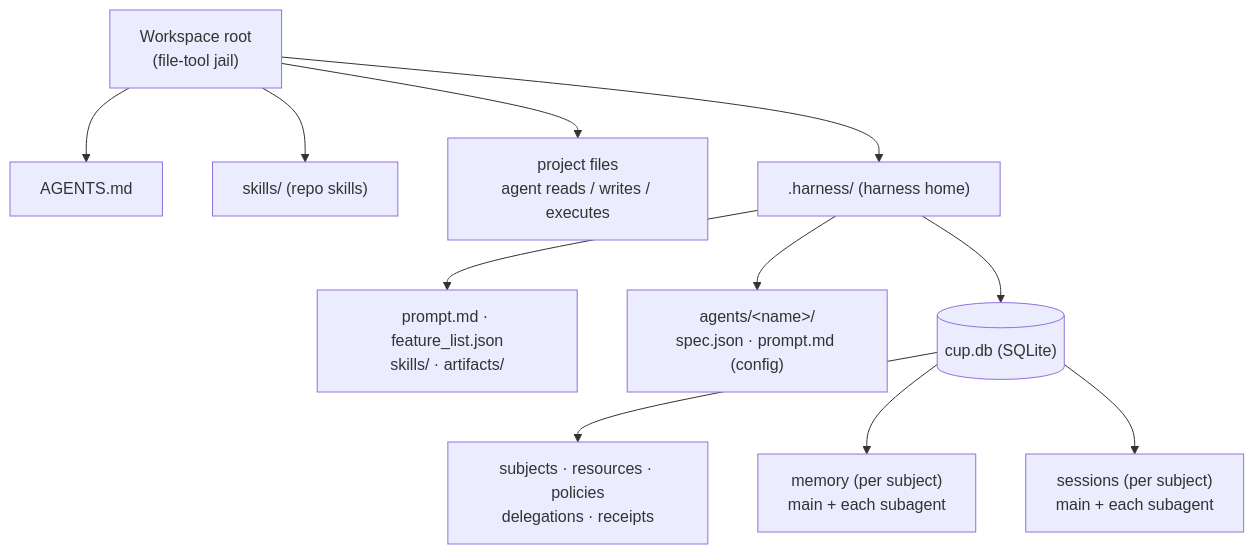
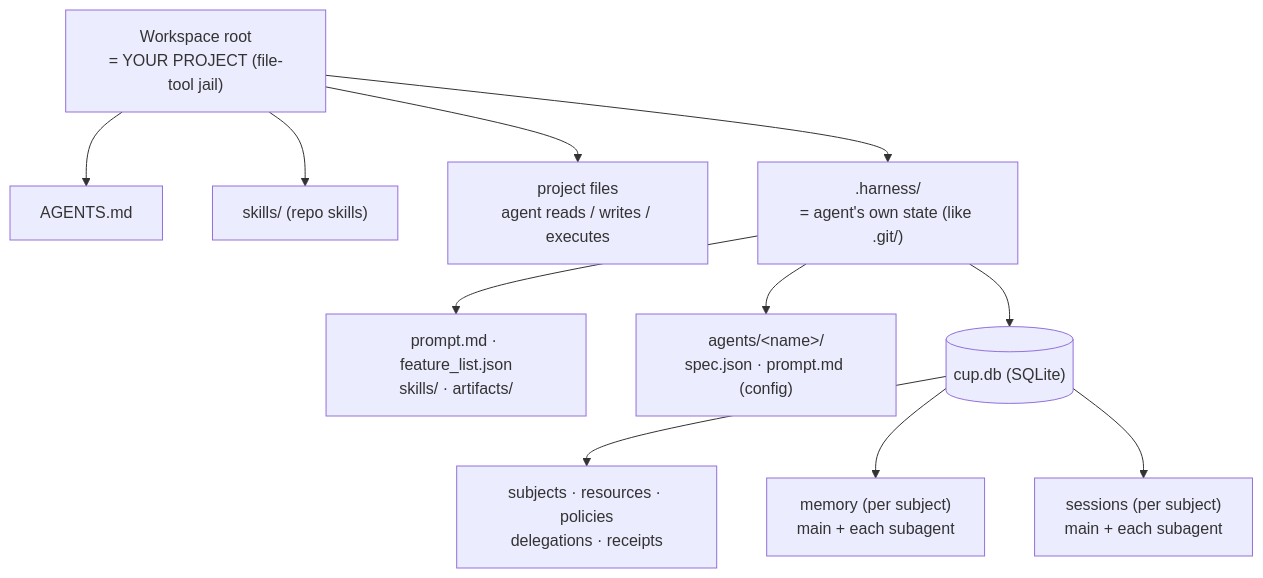
The second of 6 diagrams in docs/plans/2026-09-15-001-plan-cup-agent-operating-model.md (Capability-UI/agent-harness), drawn with Mermaid before and after one commit. The commit also changed other lines of this file, not shown here.

First line of the commit message:
docs(plan): clarify workspace root vs .harness/ (like a repo vs .git/)

````diff
--- a/docs/plans/2026-09-15-001-plan-cup-agent-operating-model.md
+++ b/docs/plans/2026-09-15-001-plan-cup-agent-operating-model.md
@@ -77,14 +87,14 @@
 ```mermaid
 flowchart TB
-  WS["Workspace root<br/>(file-tool jail)"]
+  WS["Workspace root<br/>= YOUR PROJECT (file-tool jail)"]
   WS --> AGM["AGENTS.md"]
   WS --> RSK["skills/ (repo skills)"]
   WS --> PROJ["project files<br/>agent reads / writes / executes"]
-  WS --> H[".harness/ (harness home)"]
+  WS --> H[".harness/<br/>= agent's own state (like .git/)"]
   H --> CFG["prompt.md · feature_list.json<br/>skills/ · artifacts/"]
   H --> AGENTS["agents/&lt;name&gt;/<br/>spec.json · prompt.md (config)"]
   H --> DB[("cup.db (SQLite)")]
   DB --> CORE["subjects · resources · policies<br/>delegations · receipts"]
   DB --> MEM["memory (per subject)<br/>main + each subagent"]
   DB --> SES["sessions (per subject)<br/>main + each subagent"]
 ```
````
